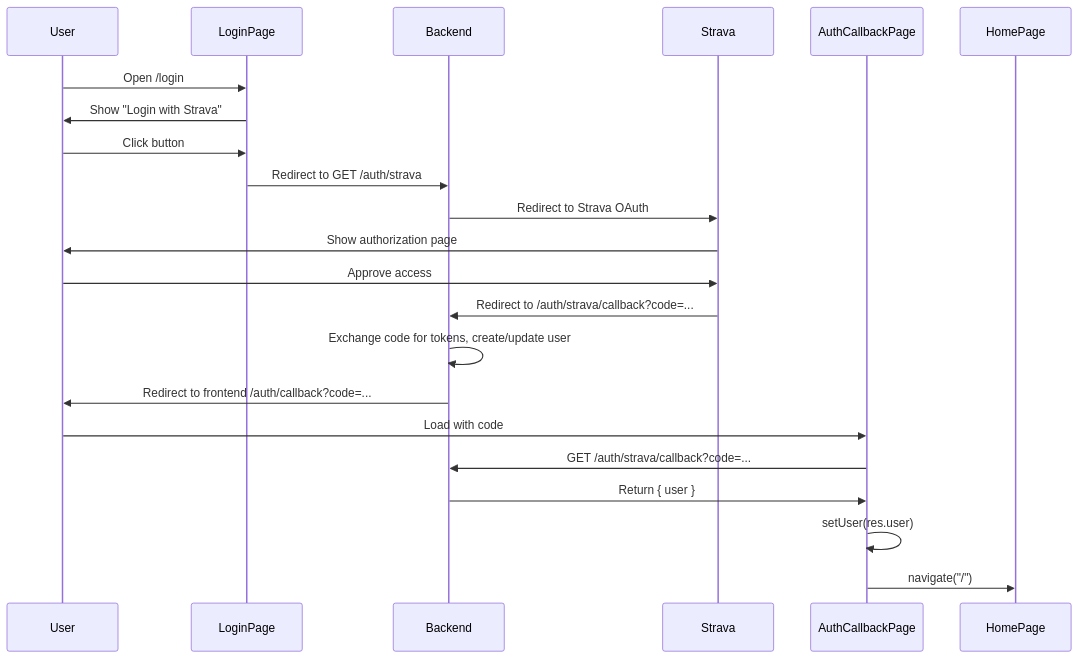
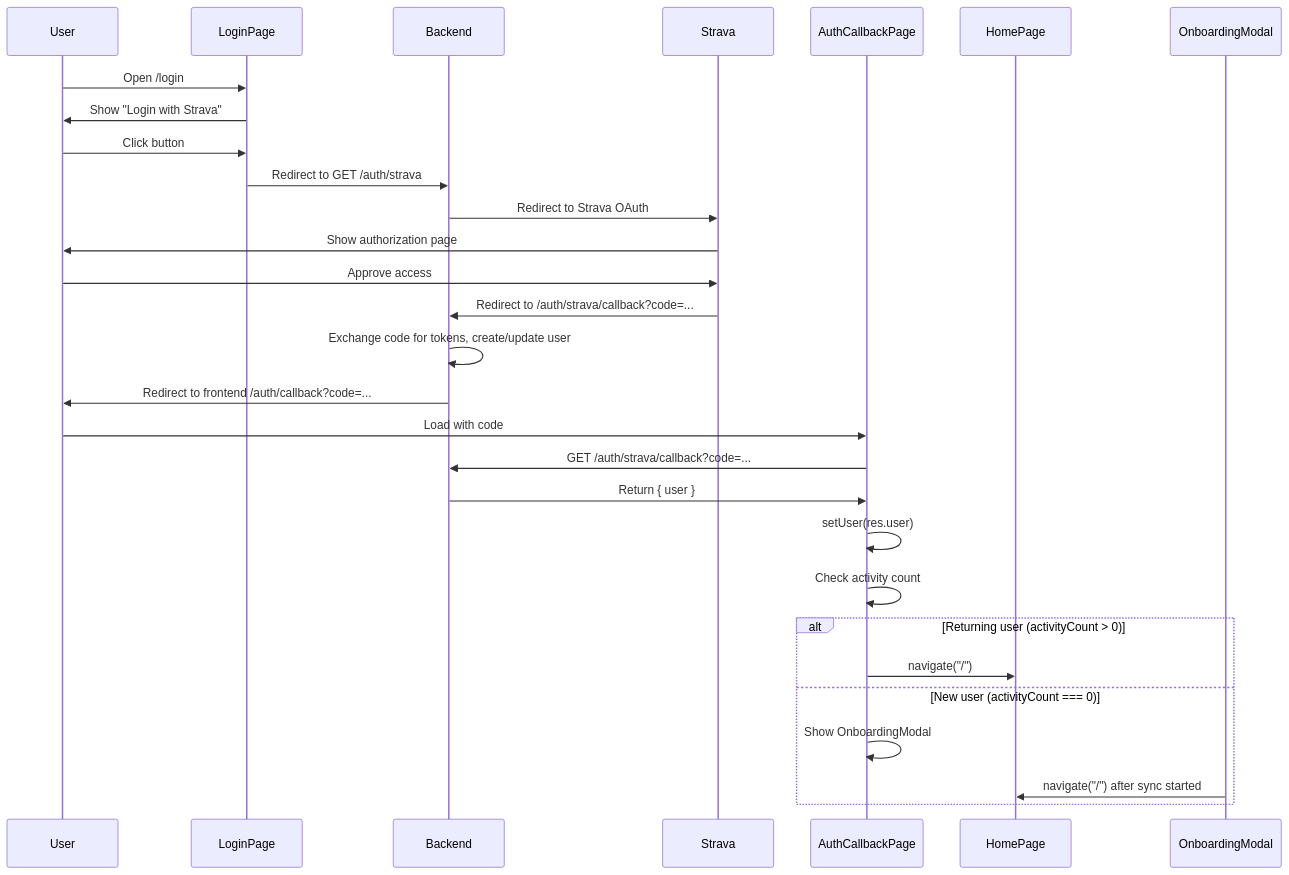
The diagram in src/docs/AUTH_FLOW.md (devevangel/street-keeper-client), drawn with Mermaid before and after one commit. The commit also changed other lines of this file and 34 other files, not shown here.

````diff
--- a/src/docs/AUTH_FLOW.md
+++ b/src/docs/AUTH_FLOW.md
@@ -28,23 +29,29 @@
 ```mermaid
 sequenceDiagram
     participant User
     participant LoginPage
     participant Backend
     participant Strava
 
     User->>LoginPage: Open /login
     LoginPage->>User: Show "Login with Strava"
     User->>LoginPage: Click button
     LoginPage->>Backend: Redirect to GET /auth/strava
     Backend->>Strava: Redirect to Strava OAuth
     Strava->>User: Show authorization page
     User->>Strava: Approve access
     Strava->>Backend: Redirect to /auth/strava/callback?code=...
     Backend->>Backend: Exchange code for tokens, create/update user
     Backend->>User: Redirect to frontend /auth/callback?code=...
     User->>AuthCallbackPage: Load with code
     AuthCallbackPage->>Backend: GET /auth/strava/callback?code=...
     Backend->>AuthCallbackPage: Return { user }
     AuthCallbackPage->>AuthCallbackPage: setUser(res.user)
-    AuthCallbackPage->>HomePage: navigate("/")
+    AuthCallbackPage->>AuthCallbackPage: Check activity count
+    alt Returning user (activityCount > 0)
+        AuthCallbackPage->>HomePage: navigate("/")
+    else New user (activityCount === 0)
+        AuthCallbackPage->>AuthCallbackPage: Show OnboardingModal
+        OnboardingModal->>HomePage: navigate("/") after sync started
+    end
 ```
````
